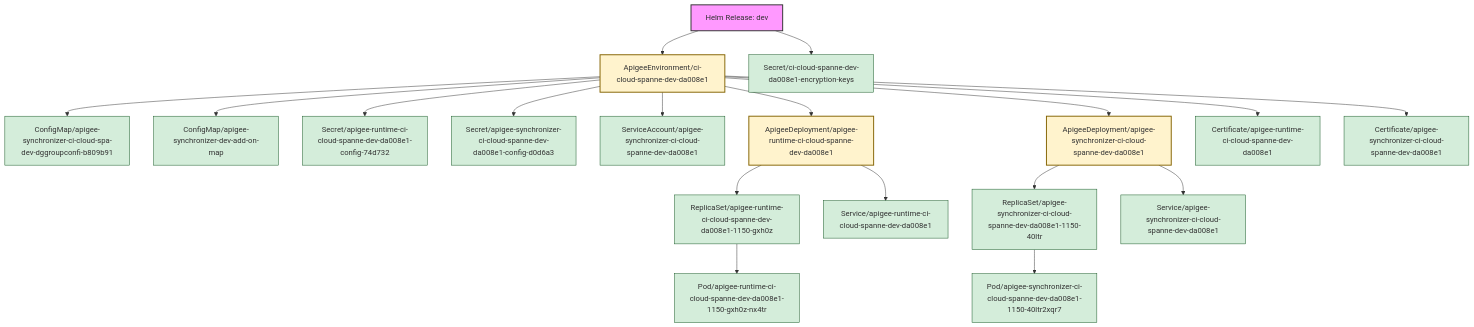
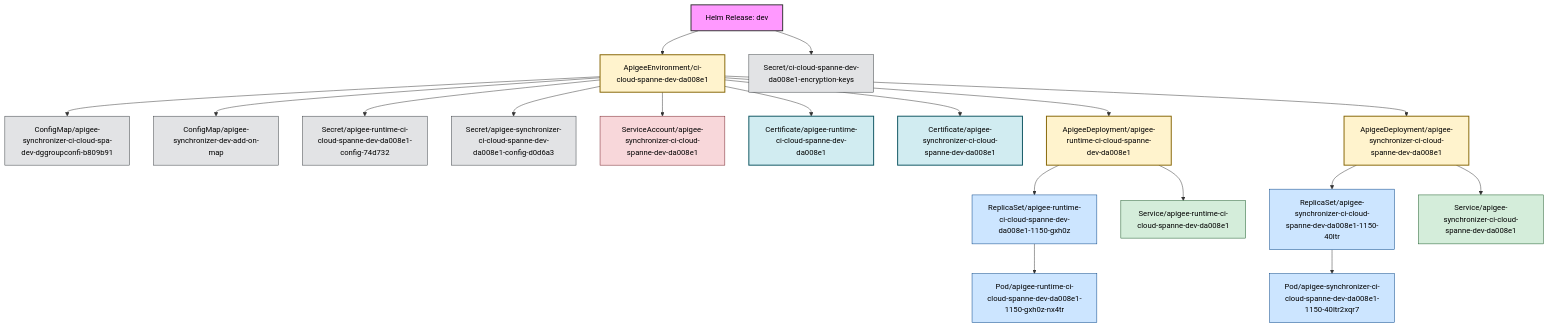
The diagram in generated/dev.md (anaik91/apigee-hybrid-relationship-builder), drawn with Mermaid before and after one commit. The commit also changed other lines of this file and 8 other files, not shown here.

````diff
--- a/generated/dev.md
+++ b/generated/dev.md
@@ -10,59 +12,68 @@
 ```mermaid
 graph TD;
-    classDef helm fill:#f9f,stroke:#333,stroke-width:2px;
-    classDef primitive fill:#d4edda,stroke:#155724,stroke-width:1px;
-    classDef apigee_crd fill:#fff3cd,stroke:#856404,stroke-width:2px;
+    classDef helm fill:#f9f,stroke:#333,stroke-width:2px,color:#000
+    classDef workload fill:#cce5ff,stroke:#004085,stroke-width:1px,color:#000
+    classDef network fill:#d4edda,stroke:#155724,stroke-width:1px,color:#000
+    classDef config fill:#e2e3e5,stroke:#383d41,stroke-width:1px,color:#000
+    classDef rbac fill:#f8d7da,stroke:#721c24,stroke-width:1px,color:#000
+    classDef apigee_crd fill:#fff3cd,stroke:#856404,stroke-width:2px,color:#000
+    classDef cert_manager_crd fill:#d1ecf1,stroke:#0c5460,stroke-width:2px,color:#000
+    classDef webhook fill:#ddd,stroke:#333,stroke-width:2px,color:#000
+    classDef default fill:#fff,stroke:#333,stroke-width:1px,color:#000
+
     ApigeeEnvironmentcicloudspannedevda008e1["ApigeeEnvironment/ci-cloud-spanne-dev-da008e1"]
+    ConfigMapapigeesynchronizercicloudspadevdggroupconfib809b91["ConfigMap/apigee-synchronizer-ci-cloud-spa-dev-dggroupconfi-b809b91"]
+    ConfigMapapigeesynchronizerdevaddonmap["ConfigMap/apigee-synchronizer-dev-add-on-map"]
+    Secretapigeeruntimecicloudspannedevda008e1config74d732["Secret/apigee-runtime-ci-cloud-spanne-dev-da008e1-config-74d732"]
+    Secretapigeesynchronizercicloudspannedevda008e1configd0d6a3["Secret/apigee-synchronizer-ci-cloud-spanne-dev-da008e1-config-d0d6a3"]
+    ServiceAccountapigeesynchronizercicloudspannedevda008e1["ServiceAccount/apigee-synchronizer-ci-cloud-spanne-dev-da008e1"]
+    Certificateapigeeruntimecicloudspannedevda008e1["Certificate/apigee-runtime-ci-cloud-spanne-dev-da008e1"]
+    Certificateapigeesynchronizercicloudspannedevda008e1["Certificate/apigee-synchronizer-ci-cloud-spanne-dev-da008e1"]
+    ApigeeDeploymentapigeeruntimecicloudspannedevda008e1["ApigeeDeployment/apigee-runtime-ci-cloud-spanne-dev-da008e1"]
+    ApigeeDeploymentapigeesynchronizercicloudspannedevda008e1["ApigeeDeployment/apigee-synchronizer-ci-cloud-spanne-dev-da008e1"]
+    ReplicaSetapigeeruntimecicloudspannedevda008e11150gxh0z["ReplicaSet/apigee-runtime-ci-cloud-spanne-dev-da008e1-1150-gxh0z"]
+    Serviceapigeeruntimecicloudspannedevda008e1["Service/apigee-runtime-ci-cloud-spanne-dev-da008e1"]
+    ReplicaSetapigeesynchronizercicloudspannedevda008e1115040ltr["ReplicaSet/apigee-synchronizer-ci-cloud-spanne-dev-da008e1-1150-40ltr"]
+    Serviceapigeesynchronizercicloudspannedevda008e1["Service/apigee-synchronizer-ci-cloud-spanne-dev-da008e1"]
+    Podapigeeruntimecicloudspannedevda008e11150gxh0znx4tr["Pod/apigee-runtime-ci-cloud-spanne-dev-da008e1-1150-gxh0z-nx4tr"]
+    Podapigeesynchronizercicloudspannedevda008e1115040ltr2xqr7["Pod/apigee-synchronizer-ci-cloud-spanne-dev-da008e1-1150-40ltr2xqr7"]
+    HelmReleasedev["Helm Release: dev"]
+    Secretcicloudspannedevda008e1encryptionkeys["Secret/ci-cloud-spanne-dev-da008e1-encryption-keys"]
+
     class ApigeeEnvironmentcicloudspannedevda008e1 apigee_crd;
-    ConfigMapapigeesynchronizercicloudspadevdggroupconfib809b91["ConfigMap/apigee-synchronizer-ci-cloud-spa-dev-dggroupconfi-b809b91"]
-    class ConfigMapapigeesynchronizercicloudspadevdggroupconfib809b91 primitive;
+    class ConfigMapapigeesynchronizercicloudspadevdggroupconfib809b91 config;
+    class ConfigMapapigeesynchronizerdevaddonmap config;
+    class Secretapigeeruntimecicloudspannedevda008e1config74d732 config;
+    class Secretapigeesynchronizercicloudspannedevda008e1configd0d6a3 config;
+    class ServiceAccountapigeesynchronizercicloudspannedevda008e1 rbac;
+    class Certificateapigeeruntimecicloudspannedevda008e1 cert_manager_crd;
+    class Certificateapigeesynchronizercicloudspannedevda008e1 cert_manager_crd;
+    class ApigeeDeploymentapigeeruntimecicloudspannedevda008e1 apigee_crd;
+    class ApigeeDeploymentapigeesynchronizercicloudspannedevda008e1 apigee_crd;
+    class ReplicaSetapigeeruntimecicloudspannedevda008e11150gxh0z workload;
+    class Serviceapigeeruntimecicloudspannedevda008e1 network;
+    class ReplicaSetapigeesynchronizercicloudspannedevda008e1115040ltr workload;
+    class Serviceapigeesynchronizercicloudspannedevda008e1 network;
+    class Podapigeeruntimecicloudspannedevda008e11150gxh0znx4tr workload;
+    class Podapigeesynchronizercicloudspannedevda008e1115040ltr2xqr7 workload;
+    class HelmReleasedev helm;
+    class Secretcicloudspannedevda008e1encryptionkeys config;
+
     ApigeeEnvironmentcicloudspannedevda008e1 --> ConfigMapapigeesynchronizercicloudspadevdggroupconfib809b91
-    ConfigMapapigeesynchronizerdevaddonmap["ConfigMap/apigee-synchronizer-dev-add-on-map"]
-    class ConfigMapapigeesynchronizerdevaddonmap primitive;
     ApigeeEnvironmentcicloudspannedevda008e1 --> ConfigMapapigeesynchronizerdevaddonmap
-    Secretapigeeruntimecicloudspannedevda008e1config74d732["Secret/apigee-runtime-ci-cloud-spanne-dev-da008e1-config-74d732"]
-    class Secretapigeeruntimecicloudspannedevda008e1config74d732 primitive;
     ApigeeEnvironmentcicloudspannedevda008e1 --> Secretapigeeruntimecicloudspannedevda008e1config74d732
-    Secretapigeesynchronizercicloudspannedevda008e1configd0d6a3["Secret/apigee-synchronizer-ci-cloud-spanne-dev-da008e1-config-d0d6a3"]
-    class Secretapigeesynchronizercicloudspannedevda008e1configd0d6a3 primitive;
     ApigeeEnvironmentcicloudspannedevda008e1 --> Secretapigeesynchronizercicloudspannedevda008e1configd0d6a3
-    ServiceAccountapigeesynchronizercicloudspannedevda008e1["ServiceAccount/apigee-synchronizer-ci-cloud-spanne-dev-da008e1"]
-    class ServiceAccountapigeesynchronizercicloudspannedevda008e1 primitive;
     ApigeeEnvironmentcicloudspannedevda008e1 --> ServiceAccountapigeesynchronizercicloudspannedevda008e1
-    ApigeeDeploymentapigeeruntimecicloudspannedevda008e1["ApigeeDeployment/apigee-runtime-ci-cloud-spanne-dev-da008e1"]
-    class ApigeeDeploymentapigeeruntimecicloudspannedevda008e1 apigee_crd;
+    ApigeeEnvironmentcicloudspannedevda008e1 --> Certificateapigeeruntimecicloudspannedevda008e1
+    ApigeeEnvironmentcicloudspannedevda008e1 --> Certificateapigeesynchronizercicloudspannedevda008e1
     ApigeeEnvironmentcicloudspannedevda008e1 --> ApigeeDeploymentapigeeruntimecicloudspannedevda008e1
-    ApigeeDeploymentapigeesynchronizercicloudspannedevda008e1["ApigeeDeployment/apigee-synchronizer-ci-cloud-spanne-dev-da008e1"]
-    class ApigeeDeploymentapigeesynchronizercicloudspannedevda008e1 apigee_crd;
     ApigeeEnvironmentcicloudspannedevda008e1 --> ApigeeDeploymentapigeesynchronizercicloudspannedevda008e1
-    Certificateapigeeruntimecicloudspannedevda008e1["Certificate/apigee-runtime-ci-cloud-spanne-dev-da008e1"]
-    class Certificateapigeeruntimecicloudspannedevda008e1 primitive;
-    ApigeeEnvironmentcicloudspannedevda008e1 --> Certificateapigeeruntimecicloudspannedevda008e1
-    Certificateapigeesynchronizercicloudspannedevda008e1["Certificate/apigee-synchronizer-ci-cloud-spanne-dev-da008e1"]
-    class Certificateapigeesynchronizercicloudspannedevda008e1 primitive;
-    ApigeeEnvironmentcicloudspannedevda008e1 --> Certificateapigeesynchronizercicloudspannedevda008e1
-    ReplicaSetapigeeruntimecicloudspannedevda008e11150gxh0z["ReplicaSet/apigee-runtime-ci-cloud-spanne-dev-da008e1-1150-gxh0z"]
-    class ReplicaSetapigeeruntimecicloudspannedevda008e11150gxh0z primitive;
     ApigeeDeploymentapigeeruntimecicloudspannedevda008e1 --> ReplicaSetapigeeruntimecicloudspannedevda008e11150gxh0z
-    Serviceapigeeruntimecicloudspannedevda008e1["Service/apigee-runtime-ci-cloud-spanne-dev-da008e1"]
-    class Serviceapigeeruntimecicloudspannedevda008e1 primitive;
     ApigeeDeploymentapigeeruntimecicloudspannedevda008e1 --> Serviceapigeeruntimecicloudspannedevda008e1
-    ReplicaSetapigeesynchronizercicloudspannedevda008e1115040ltr["ReplicaSet/apigee-synchronizer-ci-cloud-spanne-dev-da008e1-1150-40ltr"]
-    class ReplicaSetapigeesynchronizercicloudspannedevda008e1115040ltr primitive;
     ApigeeDeploymentapigeesynchronizercicloudspannedevda008e1 --> ReplicaSetapigeesynchronizercicloudspannedevda008e1115040ltr
-    Serviceapigeesynchronizercicloudspannedevda008e1["Service/apigee-synchronizer-ci-cloud-spanne-dev-da008e1"]
-    class Serviceapigeesynchronizercicloudspannedevda008e1 primitive;
     ApigeeDeploymentapigeesynchronizercicloudspannedevda008e1 --> Serviceapigeesynchronizercicloudspannedevda008e1
-    Podapigeeruntimecicloudspannedevda008e11150gxh0znx4tr["Pod/apigee-runtime-ci-cloud-spanne-dev-da008e1-1150-gxh0z-nx4tr"]
-    class Podapigeeruntimecicloudspannedevda008e11150gxh0znx4tr primitive;
     ReplicaSetapigeeruntimecicloudspannedevda008e11150gxh0z --> Podapigeeruntimecicloudspannedevda008e11150gxh0znx4tr
-    Podapigeesynchronizercicloudspannedevda008e1115040ltr2xqr7["Pod/apigee-synchronizer-ci-cloud-spanne-dev-da008e1-1150-40ltr2xqr7"]
-    class Podapigeesynchronizercicloudspannedevda008e1115040ltr2xqr7 primitive;
     ReplicaSetapigeesynchronizercicloudspannedevda008e1115040ltr --> Podapigeesynchronizercicloudspannedevda008e1115040ltr2xqr7
-    HelmReleasedev["Helm Release: dev"]
-    class HelmReleasedev helm;
-    Secretcicloudspannedevda008e1encryptionkeys["Secret/ci-cloud-spanne-dev-da008e1-encryption-keys"]
-    class Secretcicloudspannedevda008e1encryptionkeys primitive;
     HelmReleasedev --> Secretcicloudspannedevda008e1encryptionkeys
     HelmReleasedev --> ApigeeEnvironmentcicloudspannedevda008e1
 ```
````
